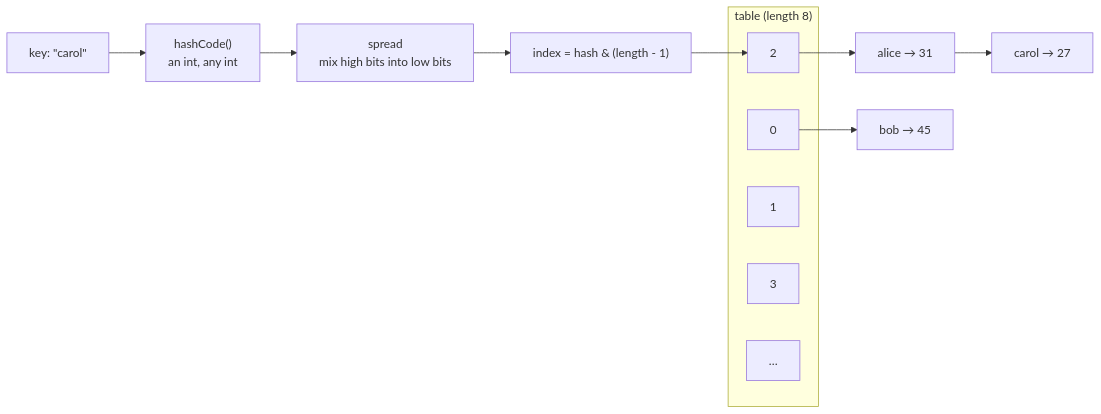
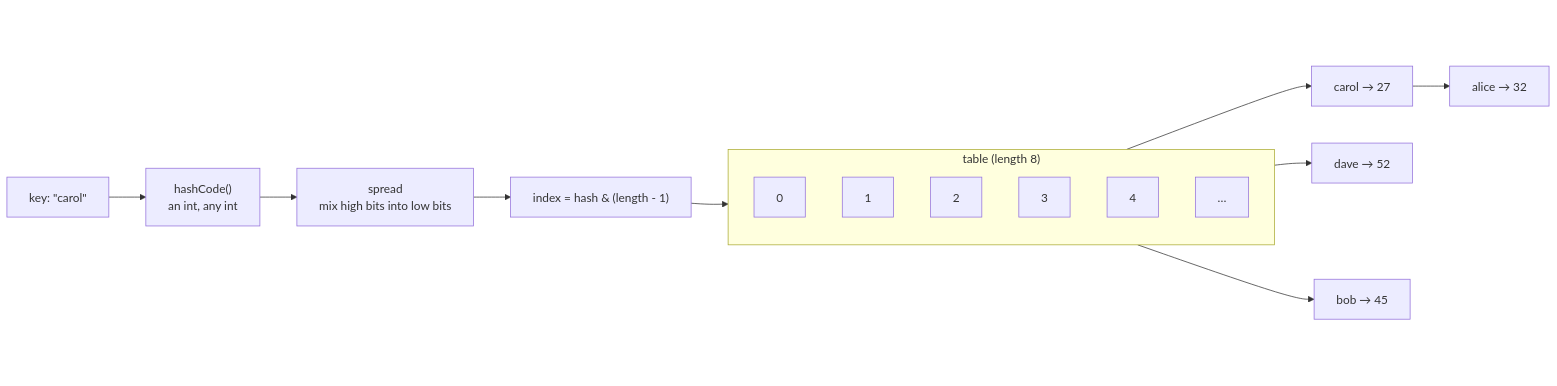
The diagram in data-structures/src/main/java/learn/ds/hashmap/README.md (wrightm/dsa-and-system-design-patterns), drawn with Mermaid before and after one commit. The commit also changed other lines of this file and 13 other files, not shown here.

````diff
--- a/data-structures/src/main/java/learn/ds/hashmap/README.md
+++ b/data-structures/src/main/java/learn/ds/hashmap/README.md
@@ -46,16 +46,26 @@
 ```mermaid
 flowchart LR
     K["key: &quot;carol&quot;"] --> H["hashCode()<br/>an int, any int"]
     H --> S["spread<br/>mix high bits into low bits"]
     S --> I["index = hash &amp; (length - 1)"]
-    I --> B2
+    I ~~~ B0
+    I --> B1
     subgraph table["table (length 8)"]
+        direction TB
         B0["0"]
         B1["1"]
         B2["2"]
         B3["3"]
-        B4["…"]
+        B4["4"]
+        B5["…"]
     end
-    B2 --> N1["alice → 31"] --> N2["carol → 27"]
-    B0 --> N3["bob → 45"]
+    B0 ~~~ E0[" "]
+    B1 --> N1["carol → 27"] --> N2["alice → 32"]
+    B2 --> N3["dave → 52"]
+    B3 ~~~ E3[" "]
+    B4 --> N4["bob → 45"]
+    B5 ~~~ E5[" "]
+    style E0 fill:none,stroke:none
+    style E3 fill:none,stroke:none
+    style E5 fill:none,stroke:none
 ```
````
